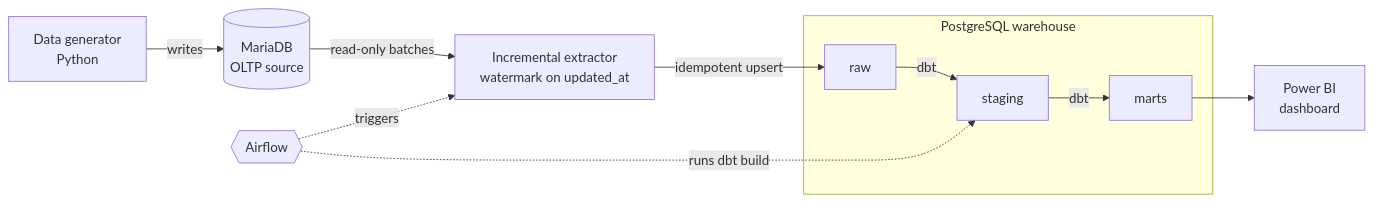
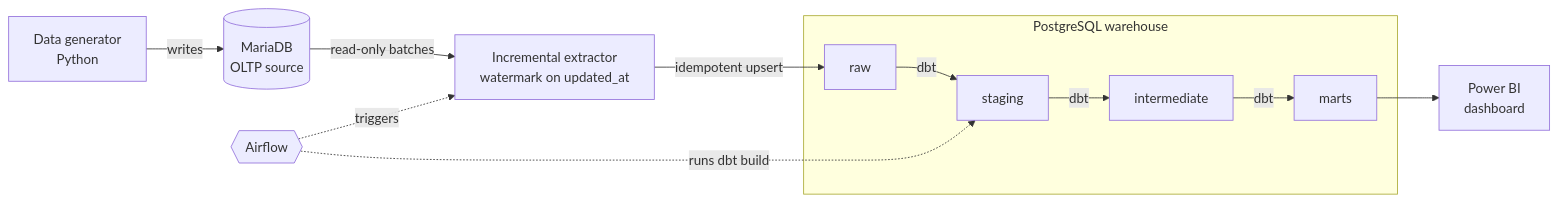
Before and after one commit to bugtronik/rail-ticketing-data-platform: the first of 3 diagrams in README.md, drawn with Mermaid. The commit also changed other lines of this file and 1 other file, not shown here.

Commit message:
docs: add ADR 0006 on the dbt model and update README

````diff
--- a/README.md
+++ b/README.md
@@ -16,12 +16,12 @@
 ```mermaid
 flowchart LR
     gen[Data generator<br/>Python] -->|writes| src[(MariaDB<br/>OLTP source)]
     src -->|read-only batches| ext[Incremental extractor<br/>watermark on updated_at]
     ext -->|idempotent upsert| raw
     subgraph wh [PostgreSQL warehouse]
-        raw[raw] -->|dbt| stg[staging] -->|dbt| marts[marts]
+        raw[raw] -->|dbt| stg[staging] -->|dbt| int[intermediate] -->|dbt| marts[marts]
     end
     marts --> pbi[Power BI<br/>dashboard]
     af{{Airflow}} -.triggers.-> ext
     af -.runs dbt build.-> stg
 ```
````
